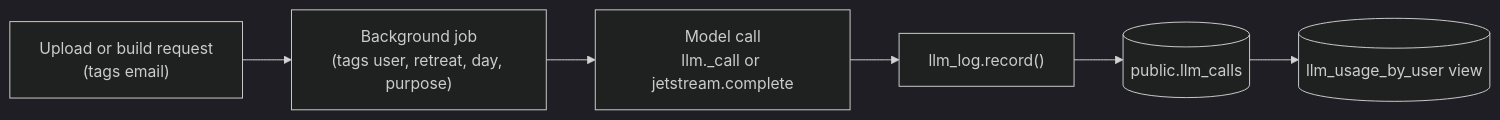
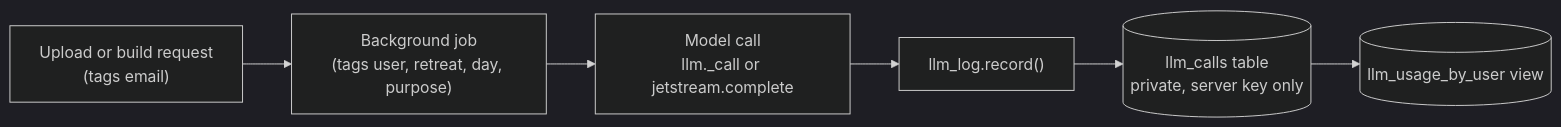
Before and after one commit to bcollier/ignatius-hw4-api: the fifth of 26 diagrams in docs/ARCHITECTURE.md, drawn with Mermaid (dark theme). The commit also changed other lines of this file and 39 other files, not shown here.

````diff
--- a/docs/ARCHITECTURE.md
+++ b/docs/ARCHITECTURE.md
@@ -225,8 +225,8 @@
 ```mermaid
 flowchart LR
     REQ["Upload or build request<br/>(tags email)"] --> JOB["Background job<br/>(tags user, retreat, day, purpose)"]
     JOB --> CALL["Model call<br/>llm._call or jetstream.complete"]
     CALL --> ROW["llm_log.record()"]
-    ROW --> DB[("public.llm_calls")]
+    ROW --> DB[("llm_calls table<br/>private, server key only")]
     DB --> VIEW[("llm_usage_by_user view")]
 ```
````
